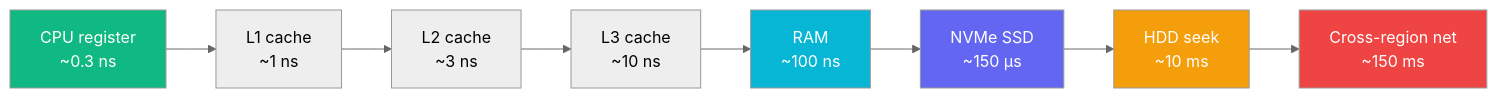
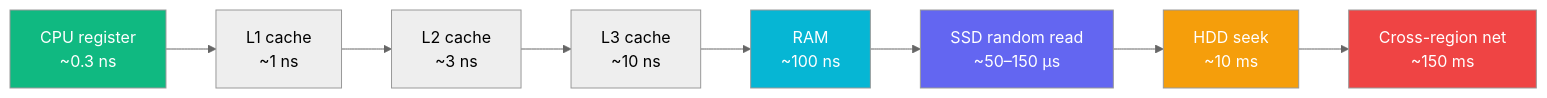
One commit to amanleloush/STACKTRACE changed the first of 2 diagrams in src/content/notes/01-foundations/storage-fundamentals.mdx. Above: the diagram before and after it, drawn with Mermaid (neutral theme). The commit also changed other lines of this file and 258 other files, not shown here.

````diff
--- a/src/content/notes/01-foundations/storage-fundamentals.mdx
+++ b/src/content/notes/01-foundations/storage-fundamentals.mdx
@@ -20,15 +22,15 @@
 ```mermaid
 flowchart LR
     CPU[CPU register<br/>~0.3 ns] --> L1[L1 cache<br/>~1 ns]
     L1 --> L2[L2 cache<br/>~3 ns]
     L2 --> L3[L3 cache<br/>~10 ns]
     L3 --> RAM[RAM<br/>~100 ns]
-    RAM --> SSD[NVMe SSD<br/>~150 µs]
+    RAM --> SSD[SSD random read<br/>~50–150 µs]
     SSD --> HDD[HDD seek<br/>~10 ms]
     HDD --> NET[Cross-region net<br/>~150 ms]
     style CPU fill:#10b981,color:#fff
     style RAM fill:#06b6d4,color:#fff
     style SSD fill:#6366f1,color:#fff
     style HDD fill:#f59e0b,color:#fff
     style NET fill:#ef4444,color:#fff
 ```
````
